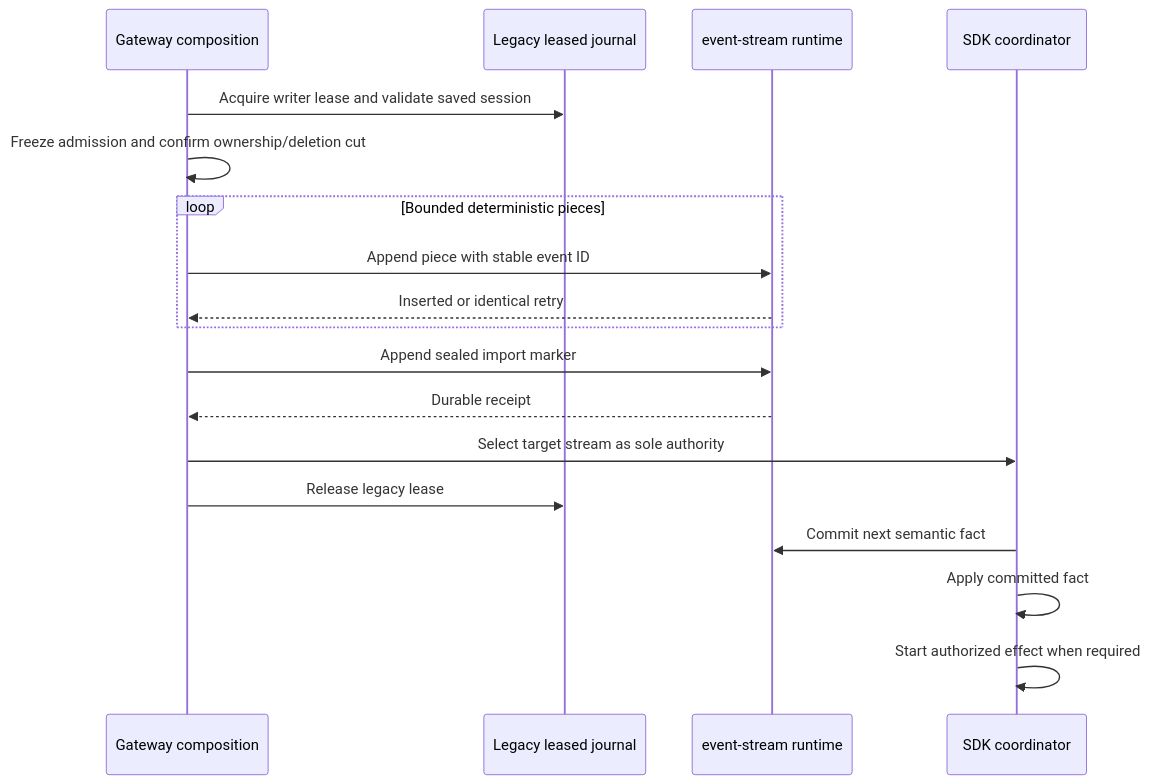
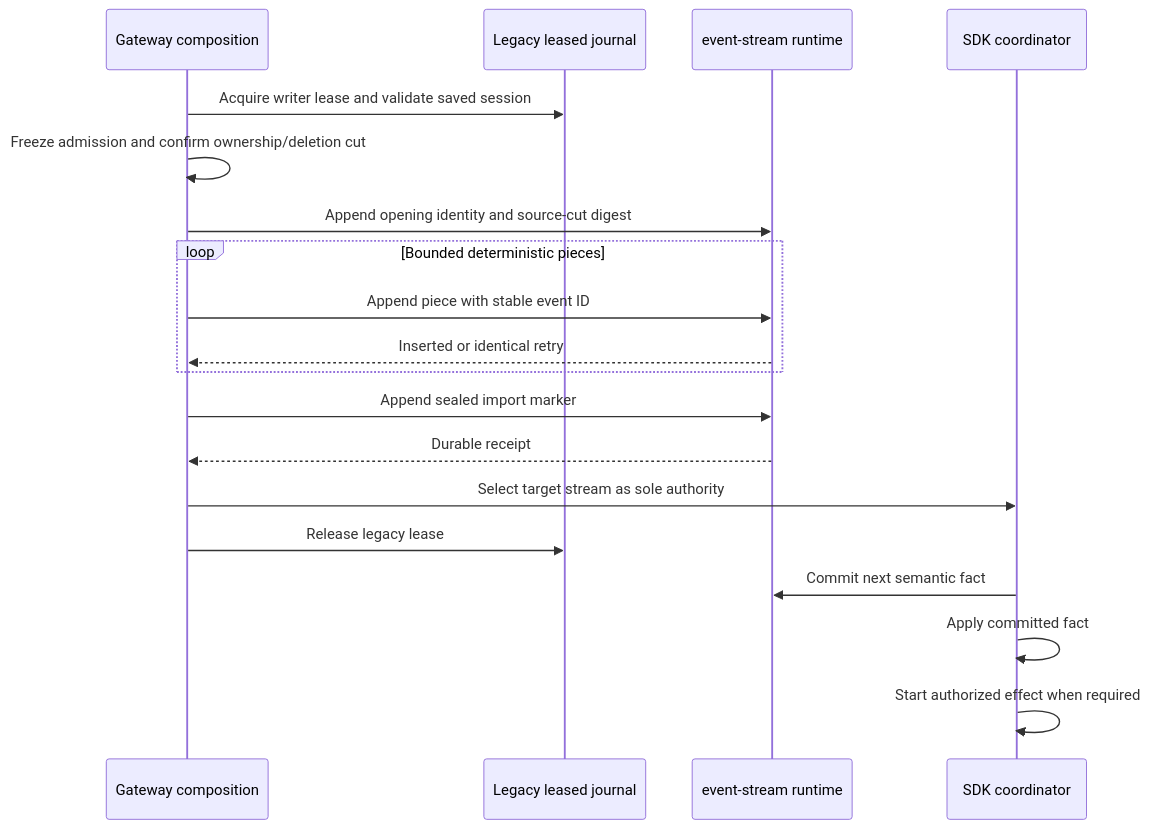
The second of 2 diagrams in docs/design/canonical-record-migration.md (nessalabs/nessa-agent), drawn with Mermaid before and after one commit. The commit also changed other lines of this file and 10 other files, not shown here.

````diff
--- a/docs/design/canonical-record-migration.md
+++ b/docs/design/canonical-record-migration.md
@@ -62,20 +72,21 @@
 ```mermaid
 sequenceDiagram
     participant Host as Gateway composition
     participant Old as Legacy leased journal
     participant New as event-stream runtime
     participant SDK as SDK coordinator
     Host->>Old: Acquire writer lease and validate saved session
     Host->>Host: Freeze admission and confirm ownership/deletion cut
+    Host->>New: Append opening identity and source-cut digest
     loop Bounded deterministic pieces
         Host->>New: Append piece with stable event ID
         New-->>Host: Inserted or identical retry
     end
     Host->>New: Append sealed import marker
     New-->>Host: Durable receipt
     Host->>SDK: Select target stream as sole authority
     Host->>Old: Release legacy lease
     SDK->>New: Commit next semantic fact
     SDK->>SDK: Apply committed fact
     SDK->>SDK: Start authorized effect when required
 ```
````
